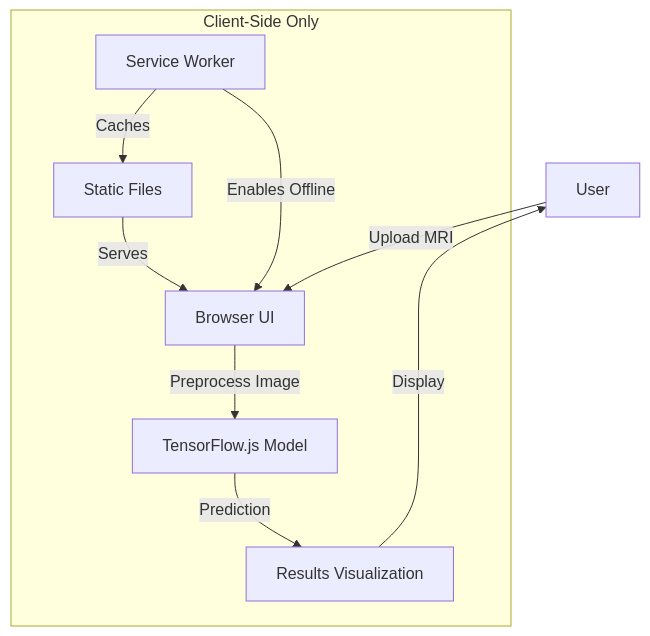
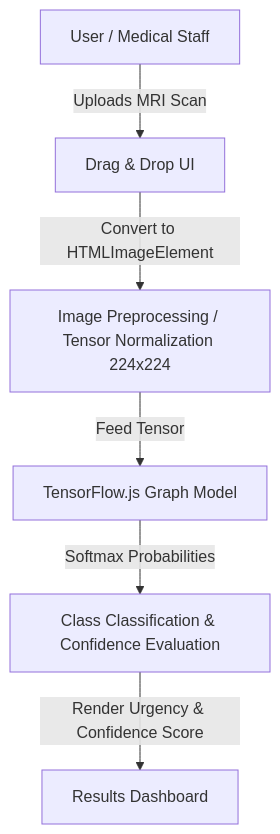
Before and after one commit to auysh8/browser-ml-tumor-detector: the diagram in README.md, drawn with Mermaid. The commit also changed other lines of this file and 2 other files, not shown here.

````diff
--- a/README.md
+++ b/README.md
@@ -62,18 +43,8 @@
 ```mermaid
 flowchart TD
-    A[User] -->|Upload MRI| B[Browser UI]
-    B -->|Preprocess Image| C[TensorFlow.js Model]
-    C -->|Prediction| D[Results Visualization]
-    D -->|Display| A
-    E[Static Files] -->|Serves| B
-    F[Service Worker] -->|Caches| E
-    F -->|Enables Offline| B
-
-    subgraph Client-Side Only
-    B
-    C
-    D
-    E
-    F
-    end
+    A[User / Medical Staff] -->|Uploads MRI Scan| B[Drag & Drop UI]
+    B -->|Convert to HTMLImageElement| C[Image Preprocessing / Tensor Normalization 224x224]
+    C -->|Feed Tensor| D[TensorFlow.js Graph Model]
+    D -->|Softmax Probabilities| E[Class Classification & Confidence Evaluation]
+    E -->|Render Urgency & Confidence Score| F[Results Dashboard]
 ```
````
